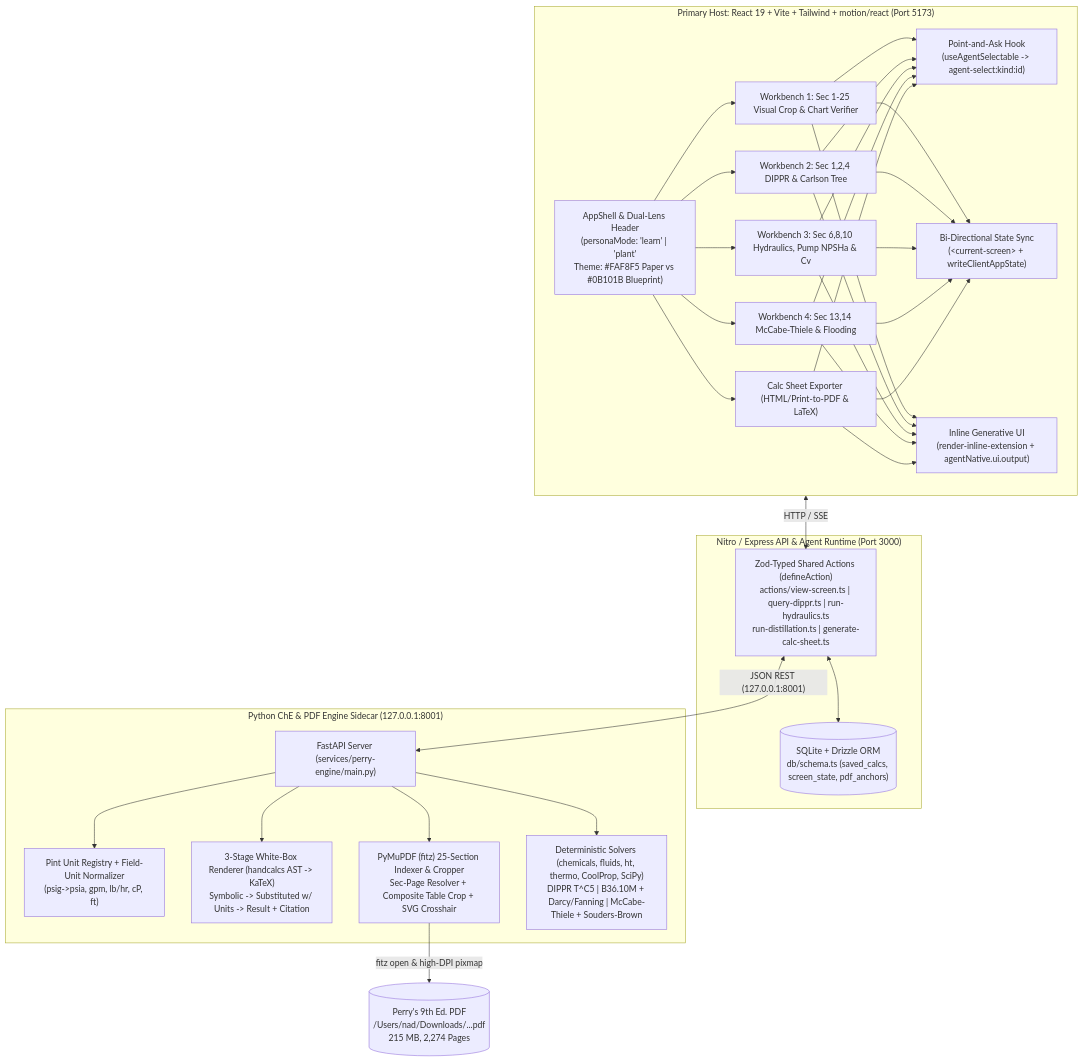
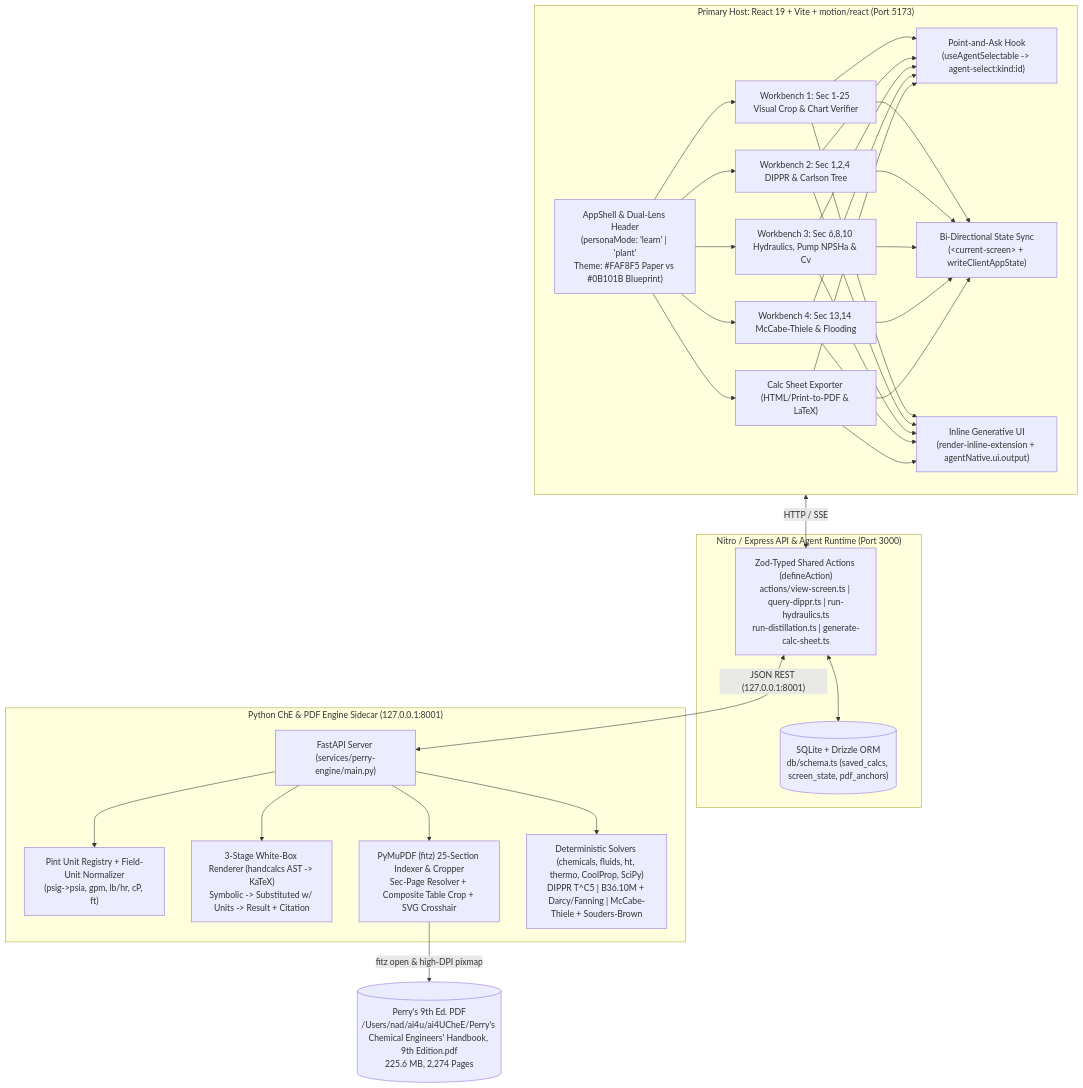
The diagram in plans/261027-2242-perrys-intelligent-workbench/plan.md (ai4U23/ai4UCheE), drawn with Mermaid before and after one commit. The commit also changed other lines of this file and 26 other files, not shown here.

````diff
--- a/plans/261027-2242-perrys-intelligent-workbench/plan.md
+++ b/plans/261027-2242-perrys-intelligent-workbench/plan.md
@@ -35,37 +35,37 @@
 ```mermaid
 flowchart TB
-    subgraph Client["Primary Host: React 19 + Vite + Tailwind + motion/react (Port 5173)"]
+    subgraph Client["Primary Host: React 19 + Vite + motion/react (Port 5173)"]
         Shell["AppShell & Dual-Lens Header<br/>(personaMode: 'learn' | 'plant'<br/>Theme: #FAF8F5 Paper vs #0B101B Blueprint)"]
         Sync["Bi-Directional State Sync<br/>(&lt;current-screen&gt; + writeClientAppState)"]
         Select["Point-and-Ask Hook<br/>(useAgentSelectable -> agent-select:kind:id)"]
         GenUI["Inline Generative UI<br/>(render-inline-extension + agentNative.ui.output)"]
         WB1["Workbench 1: Sec 1-25 Visual Crop & Chart Verifier"]
         WB2["Workbench 2: Sec 1,2,4 DIPPR & Carlson Tree"]
         WB3["Workbench 3: Sec 6,8,10 Hydraulics, Pump NPSHa & Cv"]
         WB4["Workbench 4: Sec 13,14 McCabe-Thiele & Flooding"]
         WB5["Calc Sheet Exporter (HTML/Print-to-PDF & LaTeX)"]
     end
 
     subgraph HostAPI["Nitro / Express API & Agent Runtime (Port 3000)"]
         Actions["Zod-Typed Shared Actions (defineAction)<br/>actions/view-screen.ts | query-dippr.ts | run-hydraulics.ts<br/>run-distillation.ts | generate-calc-sheet.ts"]
         DB[("SQLite + Drizzle ORM<br/>db/schema.ts (saved_calcs, screen_state, pdf_anchors)")]
     end
 
     subgraph Sidecar["Python ChE & PDF Engine Sidecar (127.0.0.1:8001)"]
         FastAPI["FastAPI Server (services/perry-engine/main.py)"]
         Units["Pint Unit Registry + Field-Unit Normalizer<br/>(psig->psia, gpm, lb/hr, cP, ft)"]
         Handcalcs["3-Stage White-Box Renderer (handcalcs AST -> KaTeX)<br/>Symbolic -> Substituted w/ Units -> Result + Citation"]
         PDFEng["PyMuPDF (fitz) 25-Section Indexer & Cropper<br/>Sec-Page Resolver + Composite Table Crop + SVG Crosshair"]
         Solvers["Deterministic Solvers (chemicals, fluids, ht, thermo, CoolProp, SciPy)<br/>DIPPR T^C5 | B36.10M + Darcy/Fanning | McCabe-Thiele + Souders-Brown"]
     end
 
-    PDF[("Perry's 9th Ed. PDF<br/>/Users/nad/Downloads/...pdf<br/>215 MB, 2,274 Pages")]
+    PDF[("Perry's 9th Ed. PDF<br/>/Users/nad/ai4u/ai4UCheE/Perry's Chemical Engineers' Handbook, 9th Edition.pdf<br/>225.6 MB, 2,274 Pages")]
 
     Shell --> WB1 & WB2 & WB3 & WB4 & WB5
     WB1 & WB2 & WB3 & WB4 & WB5 --> Select & Sync & GenUI
     Client <-->|"HTTP / SSE"| Actions
     Actions <--> DB
     Actions <-->|"JSON REST (127.0.0.1:8001)"| FastAPI
     FastAPI --> Units & Handcalcs & PDFEng & Solvers
     PDFEng -->|"fitz open & high-DPI pixmap"| PDF
 ```
````
